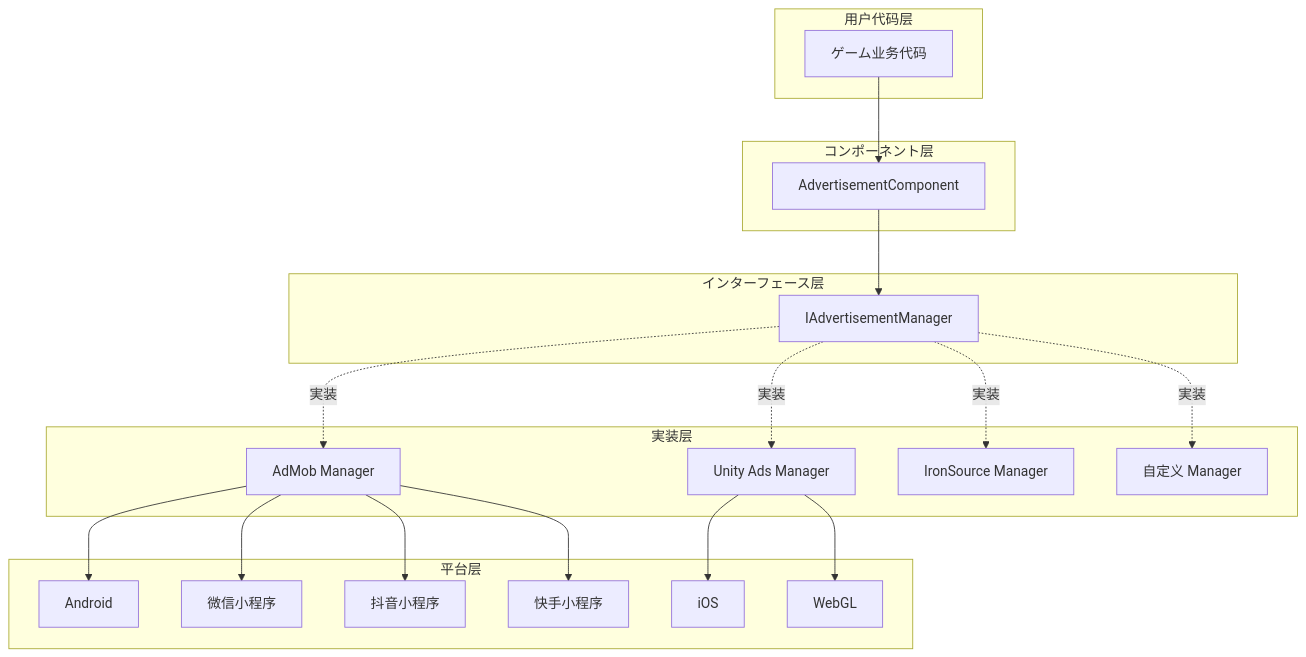
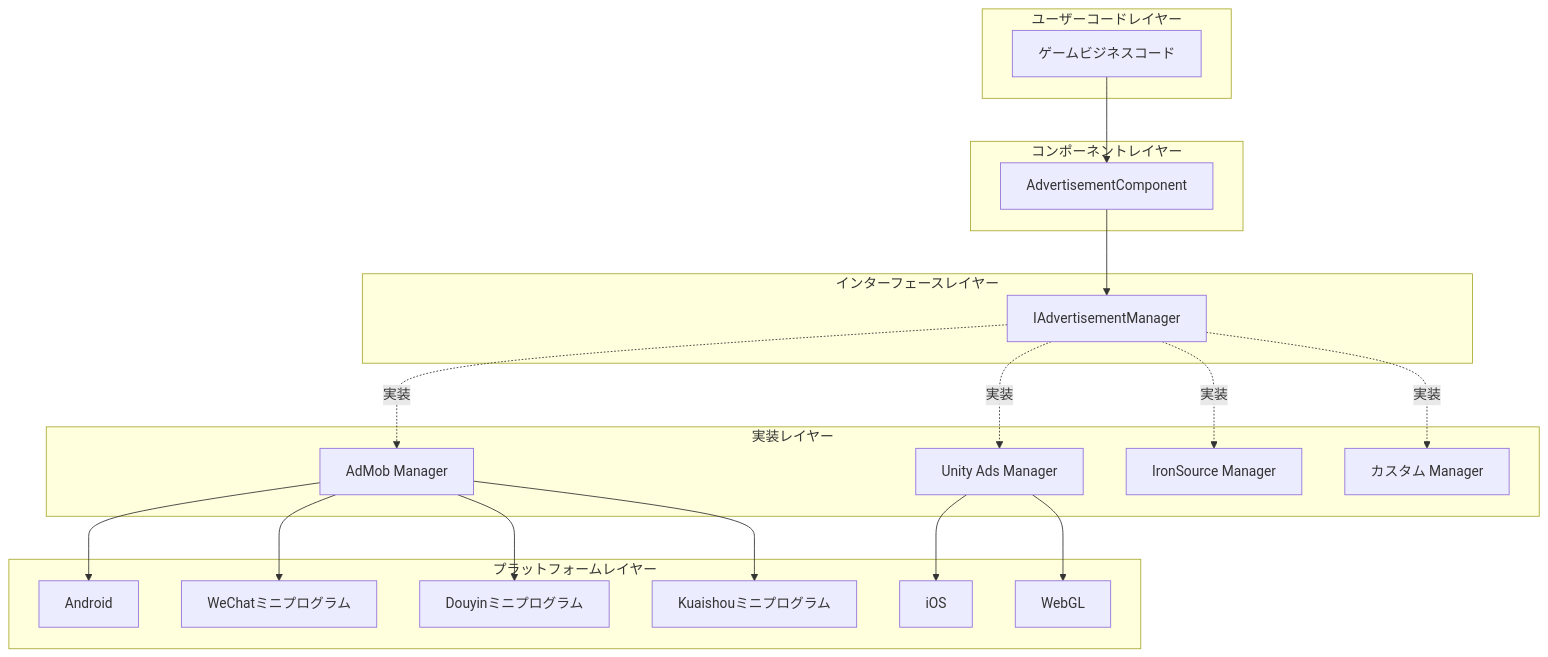
One commit to AlianBlank/GameFrameX.Docs changed the first of 2 diagrams in docs/ja/client/unity/component/advertisement/01.overview.md. Above: the diagram before and after it, drawn with Mermaid. The commit also changed other lines of this file and 320 other files, not shown here.

````diff
--- a/docs/ja/client/unity/component/advertisement/01.overview.md
+++ b/docs/ja/client/unity/component/advertisement/01.overview.md
@@ -15,43 +15,43 @@
 ```mermaid
 graph TD
-    subgraph UserLayer["用户代码层"]
-        GameCode["ゲーム业务代码"]
+    subgraph UserLayer["ユーザーコードレイヤー"]
+        GameCode["ゲームビジネスコード"]
     end
 
-    subgraph ComponentLayer["コンポーネント层"]
+    subgraph ComponentLayer["コンポーネントレイヤー"]
         AdComponent["AdvertisementComponent"]
     end
 
-    subgraph InterfaceLayer["インターフェース层"]
+    subgraph InterfaceLayer["インターフェースレイヤー"]
         AdManager["IAdvertisementManager"]
     end
 
-    subgraph ImplementationLayer["実装层"]
+    subgraph ImplementationLayer["実装レイヤー"]
         AdMobManager["AdMob Manager"]
         UnityAdsManager["Unity Ads Manager"]
         IronSourceManager["IronSource Manager"]
-        CustomManager["自定义 Manager"]
+        CustomManager["カスタム Manager"]
     end
 
-    subgraph PlatformLayer["平台层"]
+    subgraph PlatformLayer["プラットフォームレイヤー"]
         Android["Android"]
         iOS["iOS"]
         WebGL["WebGL"]
-        WeChat["微信小程序"]
-        DouYin["抖音小程序"]
-        KuaiShou["快手小程序"]
+        WeChat["WeChatミニプログラム"]
+        DouYin["Douyinミニプログラム"]
+        KuaiShou["Kuaishouミニプログラム"]
     end
 
     GameCode --> AdComponent
     AdComponent --> AdManager
     AdManager -.->|実装| AdMobManager
     AdManager -.->|実装| UnityAdsManager
     AdManager -.->|実装| IronSourceManager
     AdManager -.->|実装| CustomManager
     AdMobManager --> Android
     UnityAdsManager --> iOS
     UnityAdsManager --> WebGL
     AdMobManager --> WeChat
     AdMobManager --> DouYin
     AdMobManager --> KuaiShou
 ```
````
